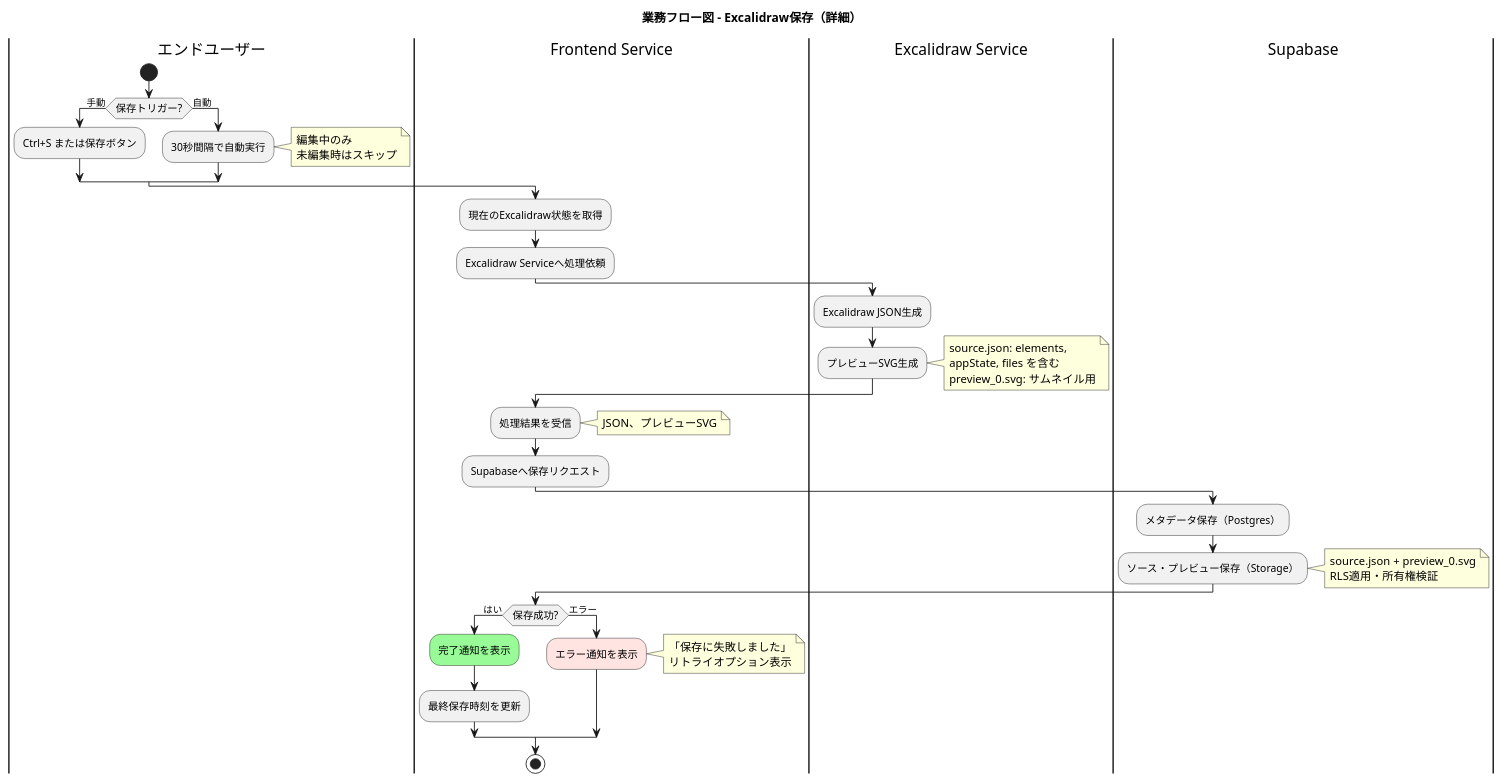
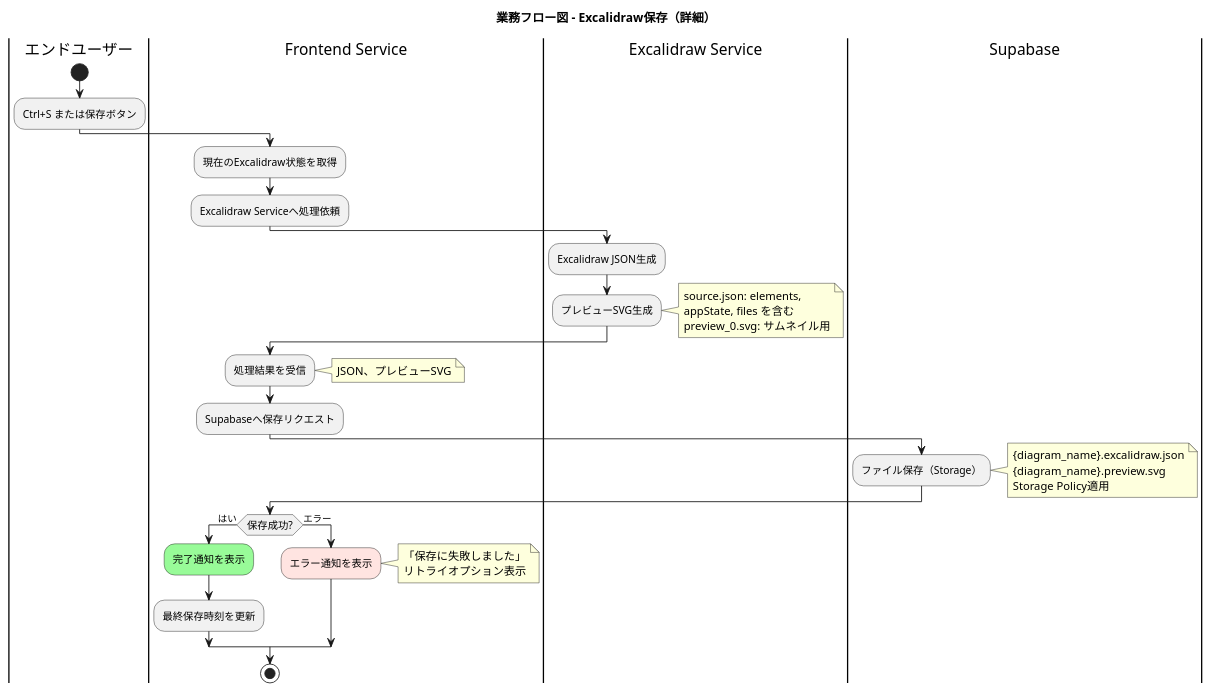
One commit to yoshiwo3/PlantUML2_Opus4.5 changed diagram 13 of 19 in docs/proposals/PlantUML_Studio_業務フロー図_20251201.md. Above: the diagram before and after it, drawn with PlantUML. The commit also changed other lines of this file and 14 other files, not shown here.

````diff
--- a/docs/proposals/PlantUML_Studio_業務フロー図_20251201.md
+++ b/docs/proposals/PlantUML_Studio_業務フロー図_20251201.md
@@ -1258,62 +1247,54 @@
 ```plantuml
 @startuml business_flow_save_excalidraw
 skinparam ActivityFontSize 12
 skinparam ConditionEndStyle hline
 
 title 業務フロー図 - Excalidraw保存（詳細）
 
 |エンドユーザー|
 start
-if (保存トリガー?) then (手動)
-  :Ctrl+S または保存ボタン;
-else (自動)
-  :30秒間隔で自動実行;
-  note right
-    編集中のみ
-    未編集時はスキップ
-  end note
-endif
+:Ctrl+S または保存ボタン;
 
 |Frontend Service|
 :現在のExcalidraw状態を取得;
 :Excalidraw Serviceへ処理依頼;
 
 |Excalidraw Service|
 :Excalidraw JSON生成;
 :プレビューSVG生成;
 note right
   source.json: elements,
   appState, files を含む
   preview_0.svg: サムネイル用
 end note
 
 |Frontend Service|
 :処理結果を受信;
 note right
   JSON、プレビューSVG
 end note
 :Supabaseへ保存リクエスト;
 
 |Supabase|
-:メタデータ保存（Postgres）;
-:ソース・プレビュー保存（Storage）;
+:ファイル保存（Storage）;
 note right
-  source.json + preview_0.svg
-  RLS適用・所有権検証
+  {diagram_name}.excalidraw.json
+  {diagram_name}.preview.svg
+  Storage Policy適用
 end note
 
 |Frontend Service|
 if (保存成功?) then (はい)
   #palegreen:完了通知を表示;
   :最終保存時刻を更新;
 else (エラー)
   #mistyrose:エラー通知を表示;
   note right
     「保存に失敗しました」
     リトライオプション表示
   end note
 endif
 stop
 
 @enduml
 ```
````
